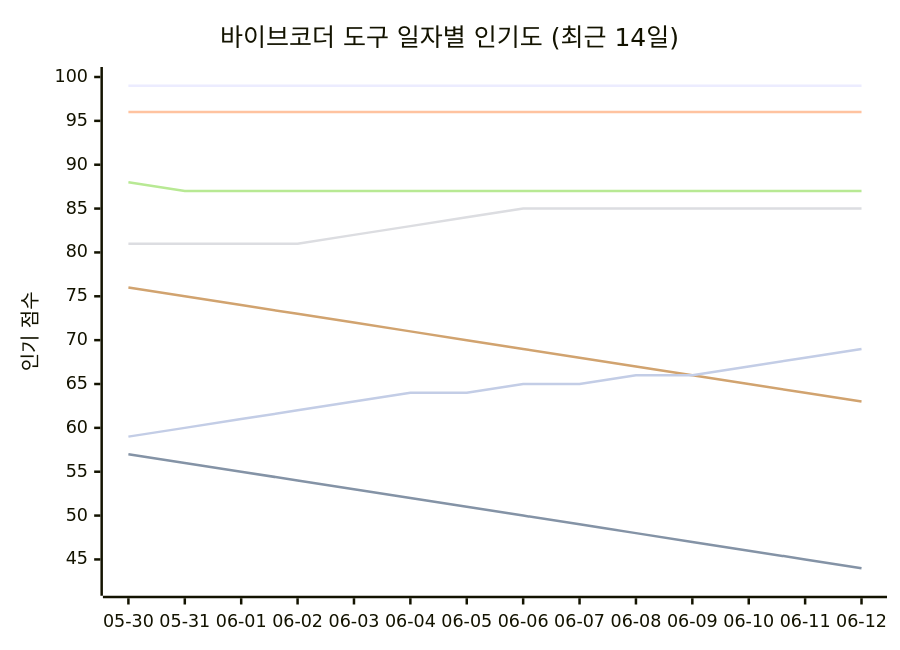
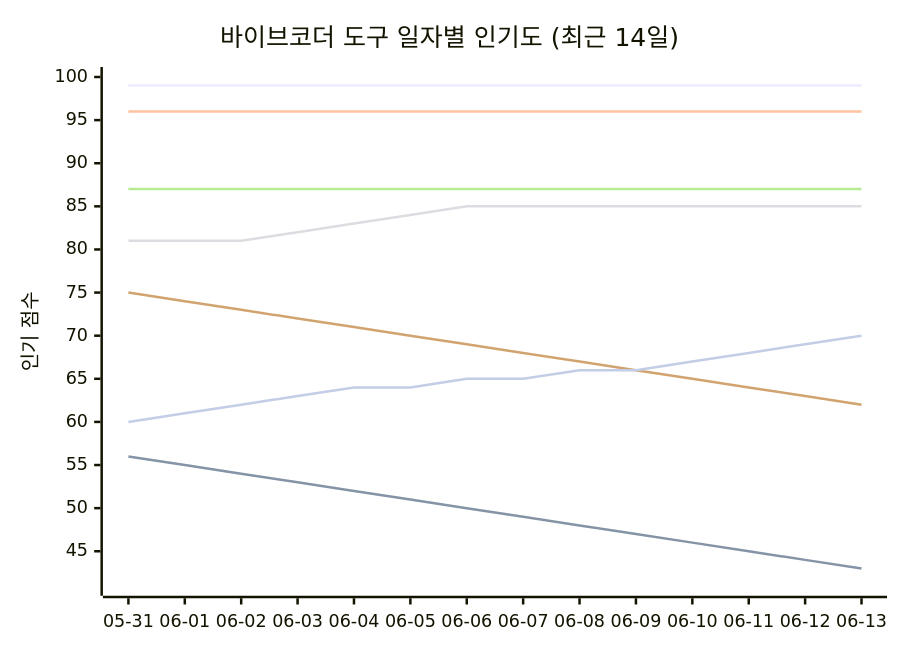
The seventh of 11 diagrams in README_ko.md (tykimos/ai-whatchelin), drawn with Mermaid before and after one commit. The commit also changed other lines of this file and 4 other files, not shown here.

````diff
--- a/README_ko.md
+++ b/README_ko.md
@@ -1511,13 +1534,13 @@
 ```mermaid
 xychart-beta
     title "바이브코더 도구 일자별 인기도 (최근 14일)"
-    x-axis ["05-30", "05-31", "06-01", "06-02", "06-03", "06-04", "06-05", "06-06", "06-07", "06-08", "06-09", "06-10", "06-11", "06-12"]
-    y-axis "인기 점수" 42 --> 100
+    x-axis ["05-31", "06-01", "06-02", "06-03", "06-04", "06-05", "06-06", "06-07", "06-08", "06-09", "06-10", "06-11", "06-12", "06-13"]
+    y-axis "인기 점수" 41 --> 100
     line "Claude Code" [99, 99, 99, 99, 99, 99, 99, 99, 99, 99, 99, 99, 99, 99]
-    line "GH Copilot" [57, 56, 55, 54, 53, 52, 51, 50, 49, 48, 47, 46, 45, 44]
+    line "GH Copilot" [56, 55, 54, 53, 52, 51, 50, 49, 48, 47, 46, 45, 44, 43]
     line "Cursor" [96, 96, 96, 96, 96, 96, 96, 96, 96, 96, 96, 96, 96, 96]
-    line "Windsurf" [81, 81, 81, 81, 82, 83, 84, 85, 85, 85, 85, 85, 85, 85]
-    line "Codex CLI" [88, 87, 87, 87, 87, 87, 87, 87, 87, 87, 87, 87, 87, 87]
-    line "Gemini CLI" [76, 75, 74, 73, 72, 71, 70, 69, 68, 67, 66, 65, 64, 63]
-    line "Antigravity" [59, 60, 61, 62, 63, 64, 64, 65, 65, 66, 66, 67, 68, 69]
+    line "Windsurf" [81, 81, 81, 82, 83, 84, 85, 85, 85, 85, 85, 85, 85, 85]
+    line "Codex CLI" [87, 87, 87, 87, 87, 87, 87, 87, 87, 87, 87, 87, 87, 87]
+    line "Gemini CLI" [75, 74, 73, 72, 71, 70, 69, 68, 67, 66, 65, 64, 63, 62]
+    line "Antigravity" [60, 61, 62, 63, 64, 64, 65, 65, 66, 66, 67, 68, 69, 70]
 ```
````
